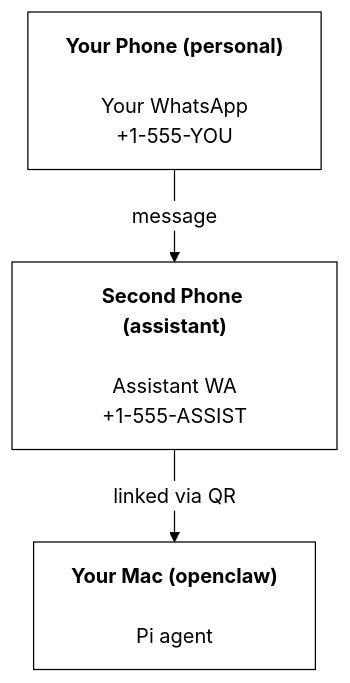
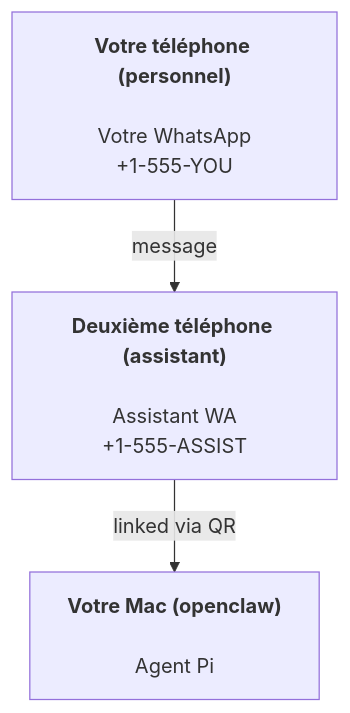
The diagram in fr/start/openclaw.md (johnakelly-yahoo-com/veiseule-openclaw), drawn with Mermaid before and after one commit. The commit also changed other lines of this file and 7264 other files, not shown here.

````diff
--- a/fr/start/openclaw.md
+++ b/fr/start/openclaw.md
@@ -32,21 +36,5 @@
 ```mermaid
-%%{init: {
-  'theme': 'base',
-  'themeVariables': {
-    'primaryColor': '#ffffff',
-    'primaryTextColor': '#000000',
-    'primaryBorderColor': '#000000',
-    'lineColor': '#000000',
-    'secondaryColor': '#f9f9fb',
-    'tertiaryColor': '#ffffff',
-    'clusterBkg': '#f9f9fb',
-    'clusterBorder': '#000000',
-    'nodeBorder': '#000000',
-    'mainBkg': '#ffffff',
-    'edgeLabelBackground': '#ffffff'
-  }
-}}%%
 flowchart TB
-    A["<b>Your Phone (personal)<br></b><br>Your WhatsApp<br>+1-555-YOU"] -- message --> B["<b>Second Phone (assistant)<br></b><br>Assistant WA<br>+1-555-ASSIST"]
-    B -- linked via QR --> C["<b>Your Mac (openclaw)<br></b><br>Pi agent"]
+    A["<b>Votre téléphone (personnel)<br></b><br>Votre WhatsApp<br>+1-555-YOU"] -- message --> B["<b>Deuxième téléphone (assistant)<br></b><br>Assistant WA<br>+1-555-ASSIST"]
+    B -- linked via QR --> C["<b>Votre Mac (openclaw)<br></b><br>Agent Pi"]
 ```
````
